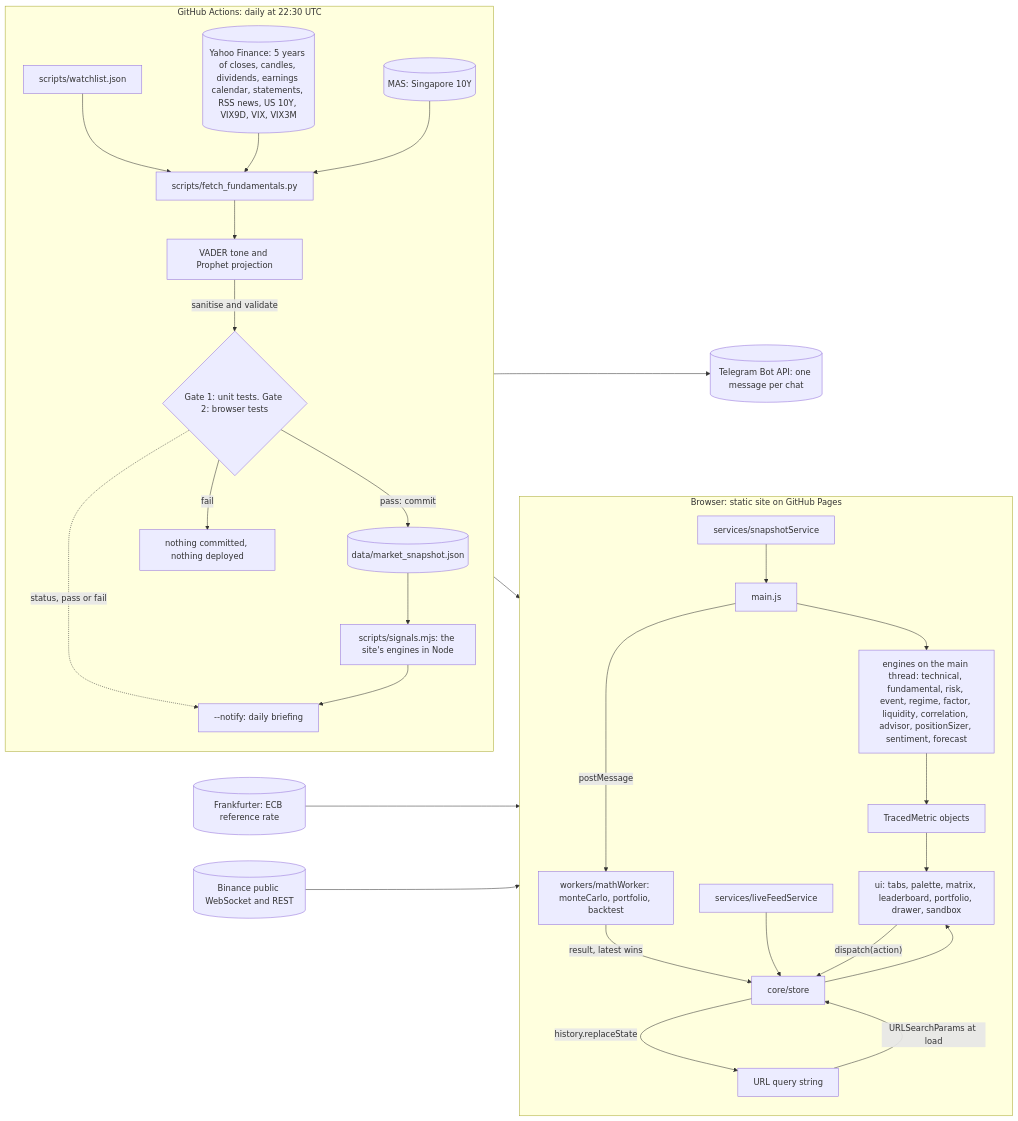
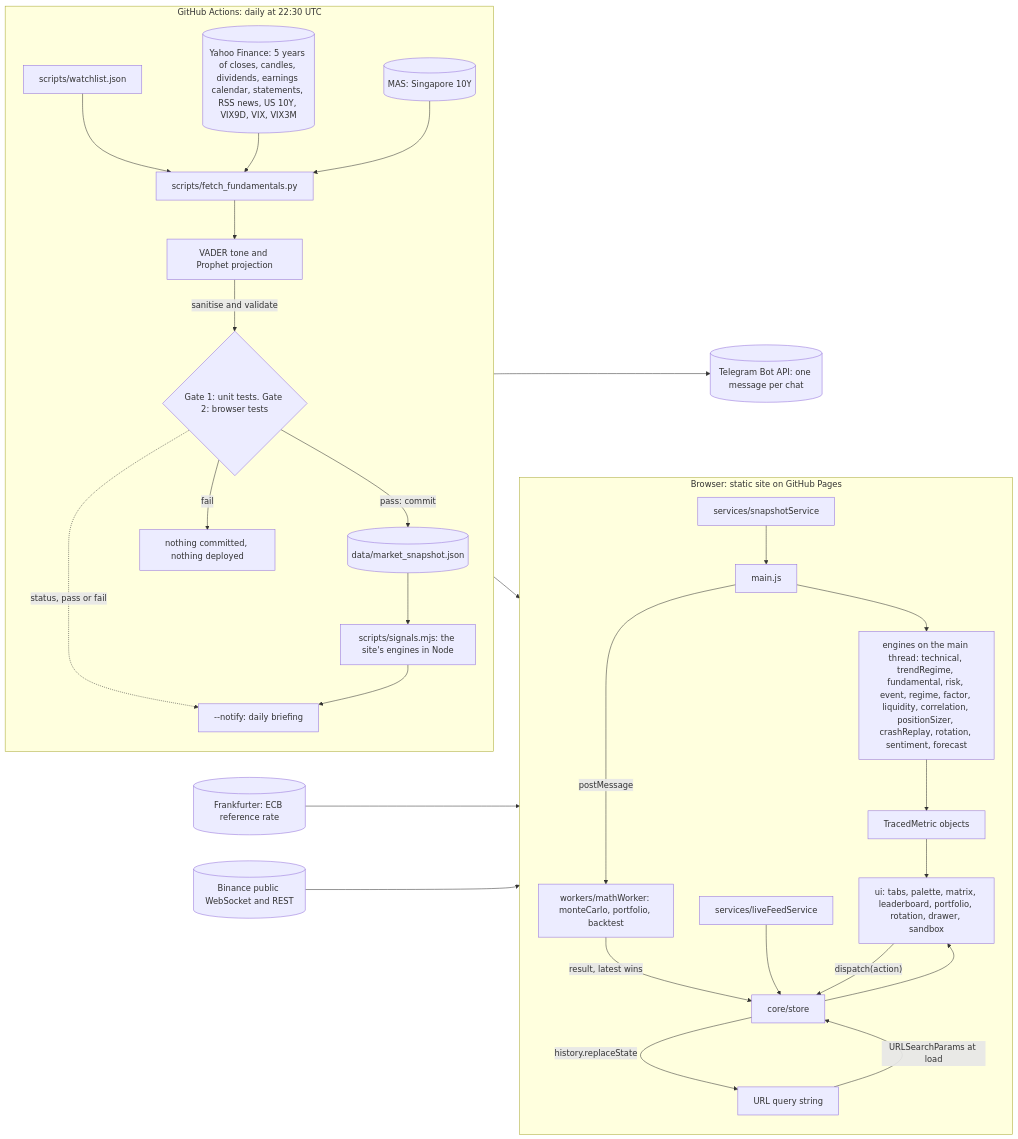
The first of 5 diagrams in README.md (myc208/quantlens), drawn with Mermaid before and after one commit. The commit also changed other lines of this file and 11 other files, not shown here.

````diff
--- a/README.md
+++ b/README.md
@@ -135,36 +140,36 @@
 ```mermaid
 flowchart LR
   subgraph CI["GitHub Actions: daily at 22:30 UTC"]
     direction TB
     WL["scripts/watchlist.json"] --> PY["scripts/fetch_fundamentals.py"]
     YF[("Yahoo Finance: 5 years of closes, candles, dividends, earnings calendar, statements, RSS news, US 10Y, VIX9D, VIX, VIX3M")] --> PY
     MAS[("MAS: Singapore 10Y")] --> PY
     PY --> ML["VADER tone and Prophet projection"]
     ML -->|"sanitise and validate"| GATE{"Gate 1: unit tests. Gate 2: browser tests"}
     GATE -->|"pass: commit"| SNAP[("data/market_snapshot.json")]
     GATE -->|"fail"| KEEP["nothing committed, nothing deployed"]
     SNAP --> SIG["scripts/signals.mjs: the site's engines in Node"]
     GATE -.->|"status, pass or fail"| TG["--notify: daily briefing"]
     SIG --> TG
   end
   TG --> TELE[("Telegram Bot API: one message per chat")]
 
   subgraph WEB["Browser: static site on GitHub Pages"]
     direction TB
     SS["services/snapshotService"] --> MAIN["main.js"]
-    MAIN --> ENG["engines on the main thread: technical, fundamental, risk, event, regime, factor, liquidity, correlation, advisor, positionSizer, sentiment, forecast"]
+    MAIN --> ENG["engines on the main thread: technical, trendRegime, fundamental, risk, event, regime, factor, liquidity, correlation, positionSizer, crashReplay, rotation, sentiment, forecast"]
     MAIN -->|"postMessage"| WK["workers/mathWorker: monteCarlo, portfolio, backtest"]
     WK -->|"result, latest wins"| STORE["core/store"]
     ENG --> TM["TracedMetric objects"]
     LIVE["services/liveFeedService"] --> STORE
-    STORE --> UI["ui: tabs, palette, matrix, leaderboard, portfolio, drawer, sandbox"]
+    STORE --> UI["ui: tabs, palette, matrix, leaderboard, portfolio, rotation, drawer, sandbox"]
     TM --> UI
     UI -->|"dispatch(action)"| STORE
     STORE -->|"history.replaceState"| URL["URL query string"]
     URL -->|"URLSearchParams at load"| STORE
   end
 
   SNAP --> SS
   BIN[("Binance public WebSocket and REST")] --> LIVE
   FX[("Frankfurter: ECB reference rate")] --> LIVE
 ```
````
